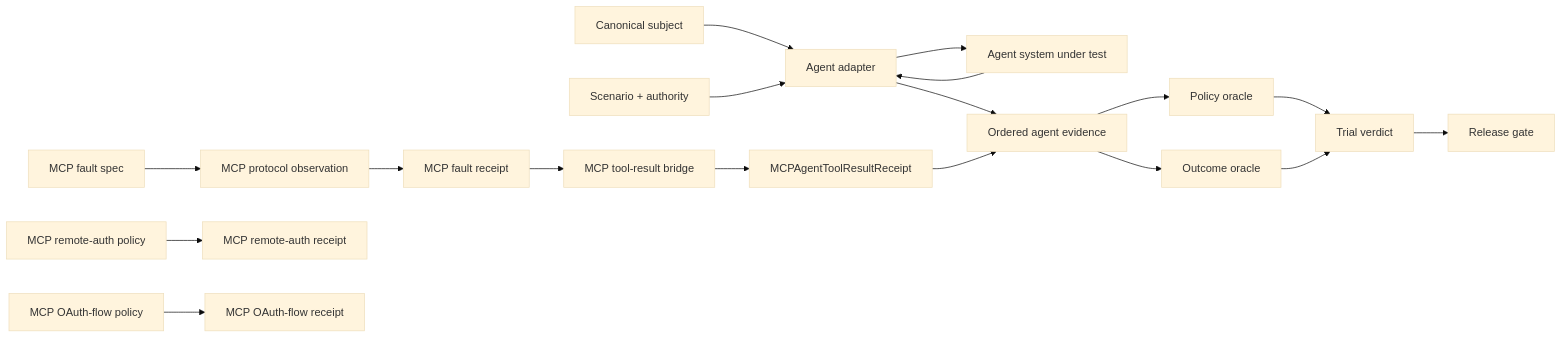
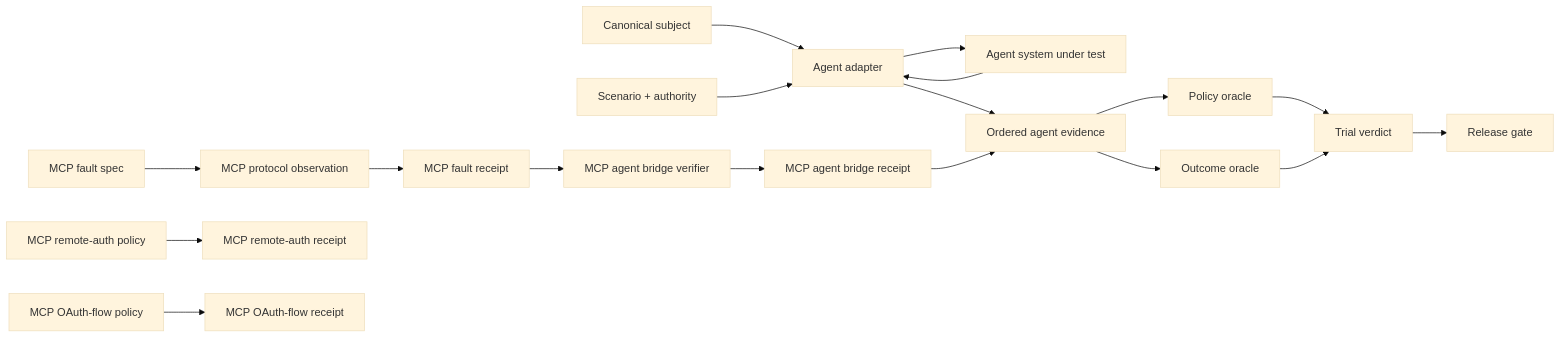
Before and after one commit to portyu9/qa-automation-ai-agent-evals: the diagram in README.md, drawn with Mermaid (base theme). The commit also changed other lines of this file, not shown here.

Commit message:
docs: align README with MCP ToolError recovery bridge

````diff
--- a/README.md
+++ b/README.md
@@ -203,46 +234,46 @@
 ```mermaid
 flowchart LR
     accTitle: Evidence-bound agent, MCP protocol, MCP-to-agent delivery, resource authorization, and OAuth-flow assurance architecture
-    accDescr: Canonical subject and scenario contracts drive agent execution and deterministic grading. Raw MCP protocol, remote-auth, and OAuth observations remain separate evidence. One controlled MCP tool-result path can cross into agent evidence only after exact bridge verification.
+    accDescr: Canonical subject and scenario contracts drive agent execution and deterministic grading. Raw MCP protocol, remote-auth, and OAuth observations remain separate evidence. Two controlled MCP stdio paths cross into agent evidence only after exact bridge verification.
 
     S[Canonical subject]
     C[Scenario + authority]
     A[Agent adapter]
     U[Agent system under test]
     E[Ordered agent evidence]
     P[Policy oracle]
     O[Outcome oracle]
     T[Trial verdict]
     G[Release gate]
 
     MF[MCP fault spec]
     MP[MCP protocol observation]
     MR[MCP fault receipt]
-    B[MCP tool-result bridge]
-    BR[MCPAgentToolResultReceipt]
+    B[MCP agent bridge verifier]
+    BR[MCP agent bridge receipt]
 
     AP[MCP remote-auth policy]
     AR[MCP remote-auth receipt]
     OP[MCP OAuth-flow policy]
     OR[MCP OAuth-flow receipt]
 
     S --> A
     C --> A
     A --> U
     U --> A
     A --> E
     E --> P
     E --> O
     P --> T
     O --> T
     T --> G
 
     MF --> MP
     MP --> MR
     MR --> B
     B --> BR
     BR --> E
 
     AP --> AR
     OP --> OR
 ```
````
